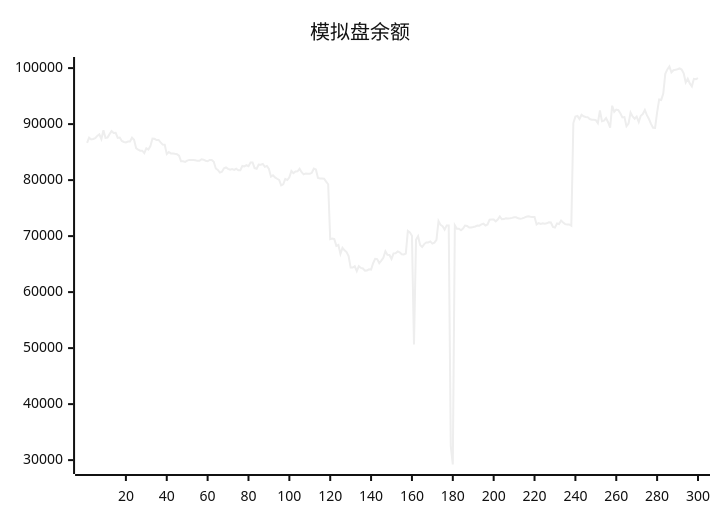
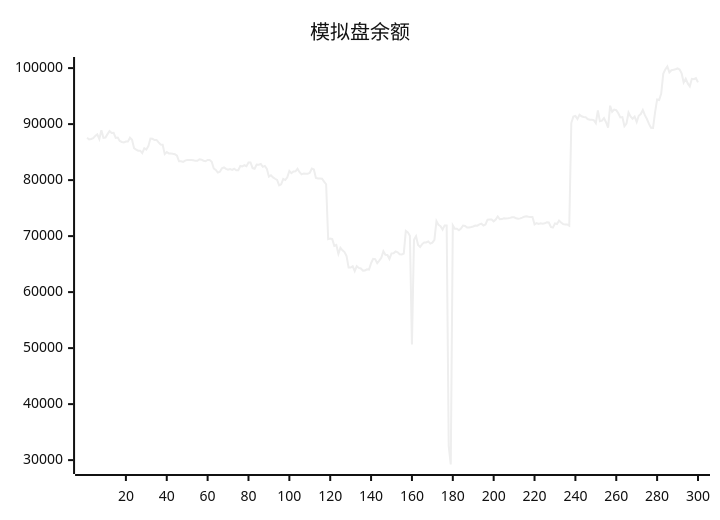
One commit to aahl/ai-trading changed the diagram in README.md. Above: the diagram before and after it, drawn with Mermaid (neutral theme). The commit also changed other lines of this file and 1 other file, not shown here.

````diff
--- a/README.md
+++ b/README.md
@@ -5,5 +5,5 @@
 ```mermaid
 xychart
     title "模拟盘余额"
-    line [86630,87563,87264,87335,87483,87886,88180,87335,88894,87544,87608,88207,88755,88401,88444,87543,87608,87000,86810,86740,86894,86884,87576,87209,85686,85435,85251,85255,84820,85689,85453,86066,87420,87373,87161,87178,86740,86341,86315,84643,85012,84772,84768,84690,84635,84376,83360,83357,83259,83474,83608,83606,83602,83548,83440,83454,83724,83644,83464,83365,83590,83592,83275,82072,81806,81344,81492,82109,82254,82006,81848,81955,81829,82022,81769,81776,82522,82441,82656,82498,83144,83144,82150,82038,82797,82763,82872,82367,82536,81981,80612,80862,80484,80242,80034,79063,79245,80226,80016,80507,81625,81233,81544,81578,82016,81401,81019,81186,81130,81118,81306,82066,81909,80392,80304,80291,80258,79729,79261,69466,69579,69456,68251,68415,66832,67911,67462,67144,66432,64380,64375,64606,63740,64647,64324,64216,63842,63877,64078,64008,65156,65945,65888,65157,65625,66144,67284,66653,66639,65924,66925,66956,67263,67108,66766,66729,66886,70927,70673,70049,50652,69334,69973,68400,68061,68578,68876,68879,69055,68662,68822,69329,72687,71999,71760,71162,71911,71896,32500,29218,71927,71297,71305,71044,71337,71883,71822,71536,71536,71622,71723,71880,71860,72100,72216,71887,72077,72940,72976,72966,72638,72948,73497,73004,73041,73173,73160,73186,73258,73375,73351,73173,73098,73161,73305,73474,73536,73457,73413,73412,72100,72333,72164,72272,72204,72285,72461,72421,71652,71521,72267,72157,72774,72424,72144,72060,72091,71858,90185,91338,91466,90900,91678,91404,91268,91244,90903,90779,90787,90721,90187,92429,90518,90619,91070,90328,89376,93286,92202,92581,92485,91947,91196,91259,89619,90086,92063,91355,90950,91327,90373,91498,91800,92531,91603,90910,90031,89351,89334,92097,94406,94315,95455,98972,99763,100286,99229,99622,99701,99805,99938,99738,99082,97430,98094,97267,96741,98081,98013,98194]
+    line [87563,87264,87335,87483,87886,88180,87335,88894,87544,87608,88207,88755,88401,88444,87543,87608,87000,86810,86740,86894,86884,87576,87209,85686,85435,85251,85255,84820,85689,85453,86066,87420,87373,87161,87178,86740,86341,86315,84643,85012,84772,84768,84690,84635,84376,83360,83357,83259,83474,83608,83606,83602,83548,83440,83454,83724,83644,83464,83365,83590,83592,83275,82072,81806,81344,81492,82109,82254,82006,81848,81955,81829,82022,81769,81776,82522,82441,82656,82498,83144,83144,82150,82038,82797,82763,82872,82367,82536,81981,80612,80862,80484,80242,80034,79063,79245,80226,80016,80507,81625,81233,81544,81578,82016,81401,81019,81186,81130,81118,81306,82066,81909,80392,80304,80291,80258,79729,79261,69466,69579,69456,68251,68415,66832,67911,67462,67144,66432,64380,64375,64606,63740,64647,64324,64216,63842,63877,64078,64008,65156,65945,65888,65157,65625,66144,67284,66653,66639,65924,66925,66956,67263,67108,66766,66729,66886,70927,70673,70049,50652,69334,69973,68400,68061,68578,68876,68879,69055,68662,68822,69329,72687,71999,71760,71162,71911,71896,32500,29218,71927,71297,71305,71044,71337,71883,71822,71536,71536,71622,71723,71880,71860,72100,72216,71887,72077,72940,72976,72966,72638,72948,73497,73004,73041,73173,73160,73186,73258,73375,73351,73173,73098,73161,73305,73474,73536,73457,73413,73412,72100,72333,72164,72272,72204,72285,72461,72421,71652,71521,72267,72157,72774,72424,72144,72060,72091,71858,90185,91338,91466,90900,91678,91404,91268,91244,90903,90779,90787,90721,90187,92429,90518,90619,91070,90328,89376,93286,92202,92581,92485,91947,91196,91259,89619,90086,92063,91355,90950,91327,90373,91498,91800,92531,91603,90910,90031,89351,89334,92097,94406,94315,95455,98972,99763,100286,99229,99622,99701,99805,99938,99738,99082,97430,98094,97267,96741,98081,98013,98194,97447]
 ```
````
